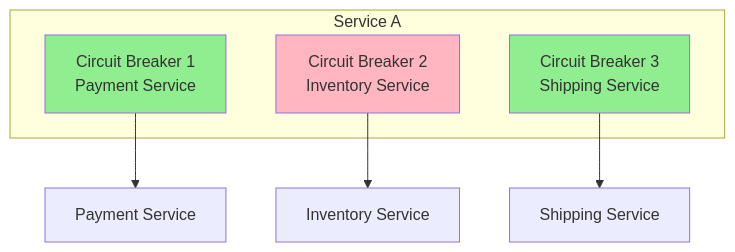
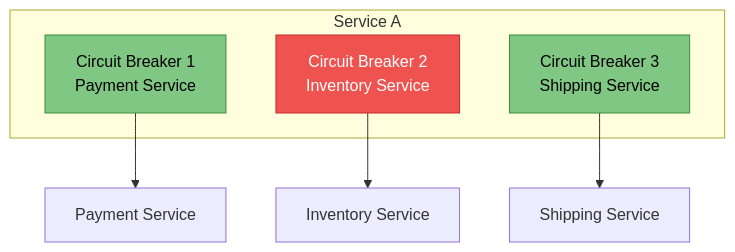
One commit to deepaucksharma/DStudio changed the fifth of 14 diagrams in docs/patterns/circuit-breaker.md. Above: the diagram before and after it, drawn with Mermaid. The commit also changed other lines of this file and 43 other files, not shown here.

````diff
--- a/docs/patterns/circuit-breaker.md
+++ b/docs/patterns/circuit-breaker.md
@@ -235,16 +273,17 @@
 ```mermaid
 graph TB
     subgraph "Service A"
         CB1[Circuit Breaker 1<br/>Payment Service]
         CB2[Circuit Breaker 2<br/>Inventory Service]
         CB3[Circuit Breaker 3<br/>Shipping Service]
     end
     
     CB1 --> PS[Payment Service]
     CB2 --> IS[Inventory Service]
     CB3 --> SS[Shipping Service]
     
-    style CB1 fill:#90EE90
-    style CB2 fill:#FFB6C1
-    style CB3 fill:#90EE90
+    classDef healthy fill:#81c784,stroke:#388e3c,color:#000
+    classDef failing fill:#ef5350,stroke:#c62828,color:#fff
+    class CB1,CB3 healthy
+    class CB2 failing
 ```
````
